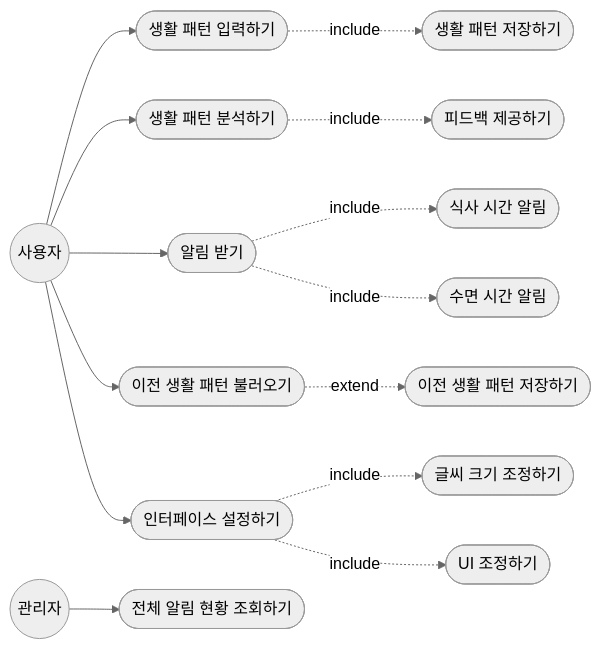
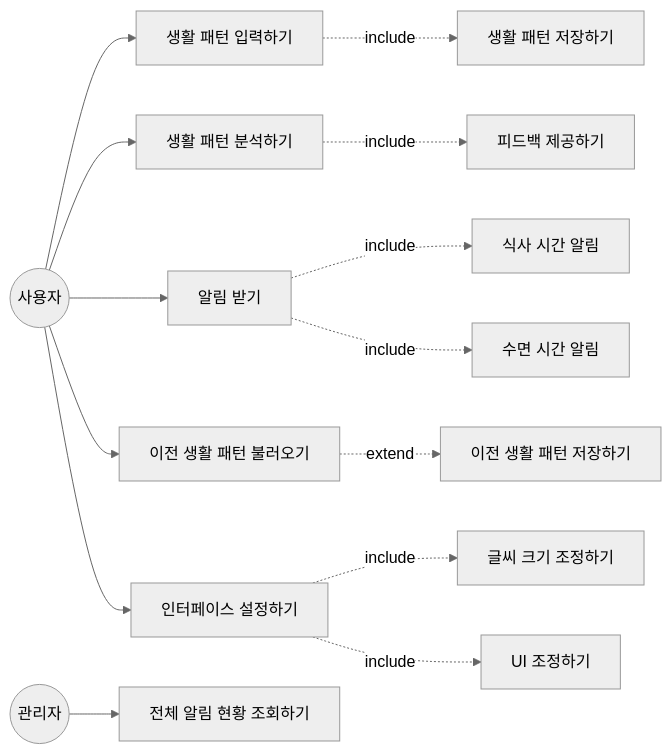
Before and after one commit to joojeehun/sw-health: the diagram in docs/requirement.md/Usecasediagram.md, drawn with Mermaid (neutral theme).

````diff
--- a/docs/requirement.md/Usecasediagram.md
+++ b/docs/requirement.md/Usecasediagram.md
@@ -1,44 +1,44 @@
 ```mermaid
 flowchart LR
 
 User((사용자))
 Admin((관리자))
 
-A([생활 패턴 입력하기])
-B([생활 패턴 저장하기])
+A[생활 패턴 입력하기]
+B[생활 패턴 저장하기]
 
-C([생활 패턴 분석하기])
-D([피드백 제공하기])
+C[생활 패턴 분석하기]
+D[피드백 제공하기]
 
-E([알림 받기])
-F([식사 시간 알림])
-G([수면 시간 알림])
+E[알림 받기]
+F[식사 시간 알림]
+G[수면 시간 알림]
 
-H([이전 생활 패턴 불러오기])
-I([이전 생활 패턴 저장하기])
+H[이전 생활 패턴 불러오기]
+I[이전 생활 패턴 저장하기]
 
-J([인터페이스 설정하기])
-K([글씨 크기 조정하기])
-L([UI 조정하기])
+J[인터페이스 설정하기]
+K[글씨 크기 조정하기]
+L[UI 조정하기]
 
-M([전체 알림 현황 조회하기])
+M[전체 알림 현황 조회하기]
 
 User --> A
 User --> C
 User --> E
 User --> H
 User --> J
 
 Admin --> M
 
 A -. include .-> B
 C -. include .-> D
 
 E -. include .-> F
 E -. include .-> G
 
 H -. extend .-> I
 
 J -. include .-> K
 J -. include .-> L
 ```
````
